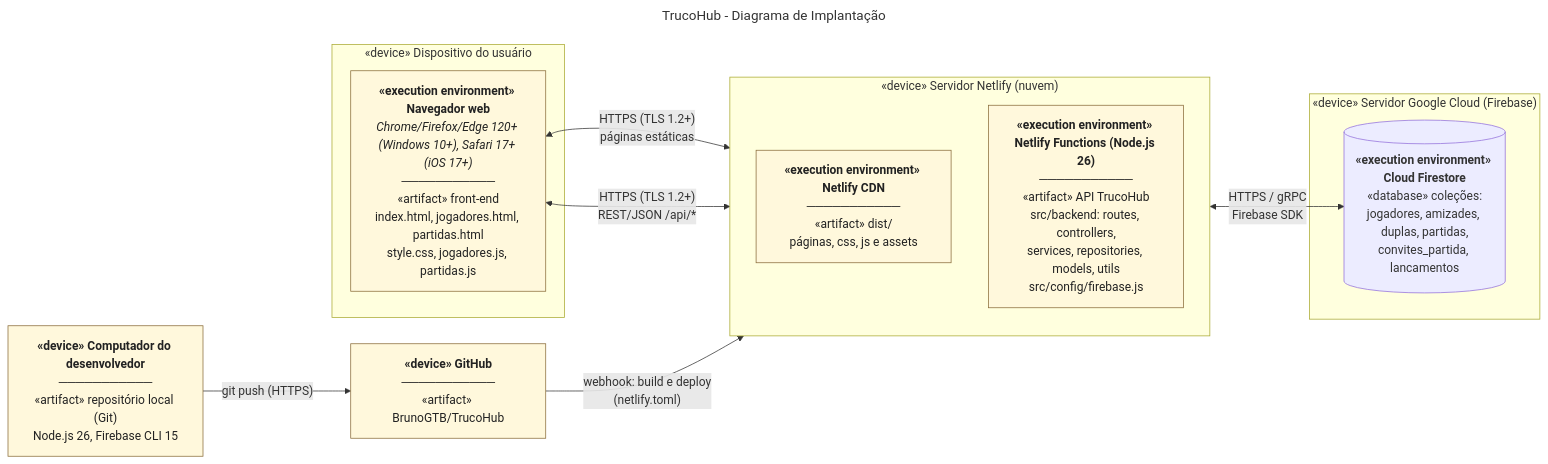
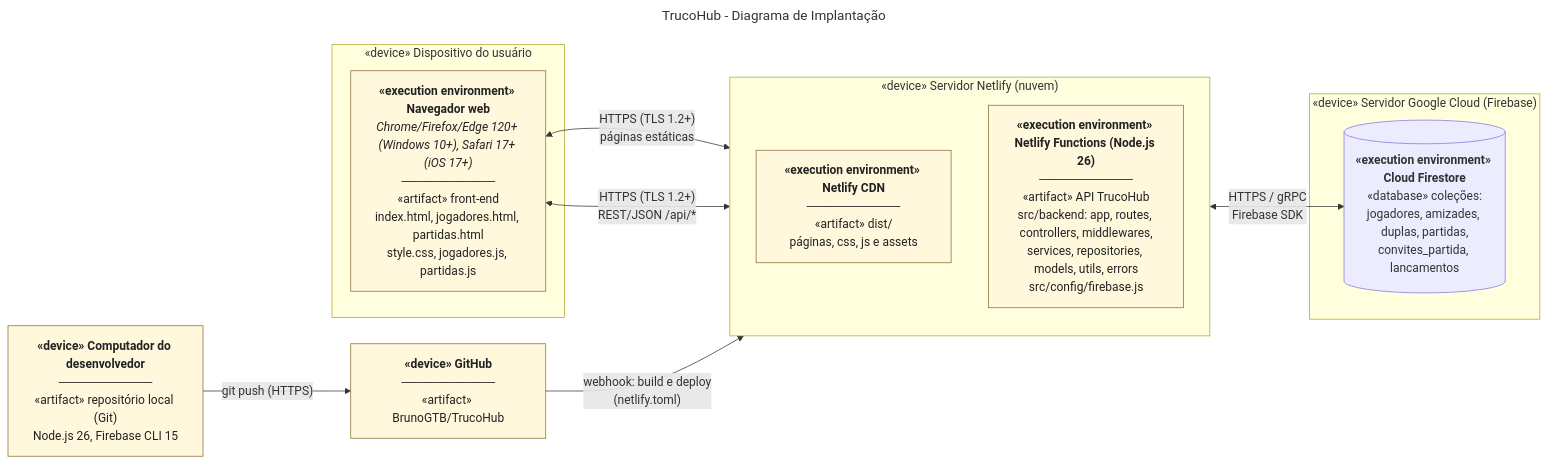
The diagram in docs/diagramas/fontes/11-implantacao.mmd (BrunoGTB/TrucoHub), drawn with Mermaid before and after one commit. The commit also changed 15 other files, not shown here.

First line of the commit message:
docs(diagramas): alinha pacotes e implantação ao código do CRUD de Jogador

```diff
--- a/docs/diagramas/fontes/11-implantacao.mmd
+++ b/docs/diagramas/fontes/11-implantacao.mmd
@@ -1,29 +1,29 @@
 ---
 title: "TrucoHub - Diagrama de Implantação"
 ---
 flowchart LR
     subgraph CLIENTE["«device» Dispositivo do usuário"]
         FRONTART["<b>«execution environment» Navegador web</b><br/><i>Chrome/Firefox/Edge 120+ (Windows 10+), Safari 17+ (iOS 17+)</i><br/>───────────<br/>«artifact» front-end<br/>index.html, jogadores.html, partidas.html<br/>style.css, jogadores.js, partidas.js"]
     end
 
     subgraph NETLIFY["«device» Servidor Netlify (nuvem)"]
         direction TB
         DIST["<b>«execution environment» Netlify CDN</b><br/>───────────<br/>«artifact» dist/<br/>páginas, css, js e assets"]
-        API["<b>«execution environment» Netlify Functions (Node.js 26)</b><br/>───────────<br/>«artifact» API TrucoHub<br/>src/backend: routes, controllers,<br/>services, repositories, models, utils<br/>src/config/firebase.js"]
+        API["<b>«execution environment» Netlify Functions (Node.js 26)</b><br/>───────────<br/>«artifact» API TrucoHub<br/>src/backend: app, routes, controllers, middlewares,<br/>services, repositories, models, utils, errors<br/>src/config/firebase.js"]
     end
 
     subgraph GOOGLE["«device» Servidor Google Cloud (Firebase)"]
         DB[("<b>«execution environment» Cloud Firestore</b><br/>«database» coleções:<br/>jogadores, amizades, duplas, partidas,<br/>convites_partida, lancamentos")]
     end
 
     GIT["<b>«device» Computador do desenvolvedor</b><br/>───────────<br/>«artifact» repositório local (Git)<br/>Node.js 26, Firebase CLI 15"]
     REPO["<b>«device» GitHub</b><br/>───────────<br/>«artifact» BrunoGTB/TrucoHub"]
 
     FRONTART <-->|"HTTPS (TLS 1.2+)<br/>páginas estáticas"| DIST
     FRONTART <-->|"HTTPS (TLS 1.2+)<br/>REST/JSON /api/*"| API
     API <-->|"HTTPS / gRPC<br/>Firebase SDK"| DB
     GIT -->|"git push (HTTPS)"| REPO
     REPO -->|"webhook: build e deploy<br/>(netlify.toml)"| DIST
 
     classDef art fill:#fff8dc,stroke:#8a6d3b,color:#222
     class FRONTART,DIST,API,GIT,REPO art
```
